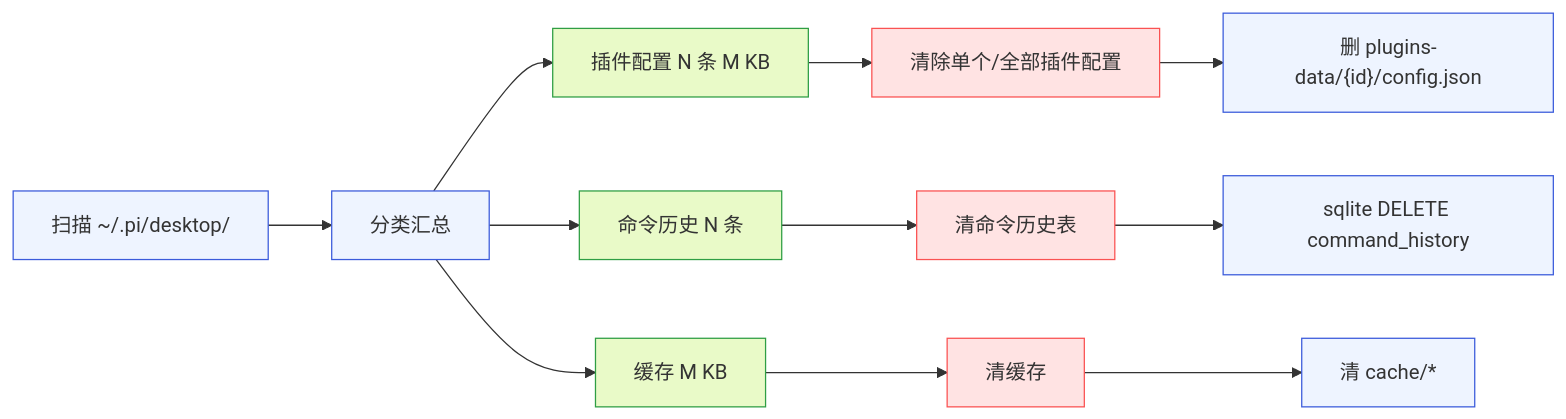
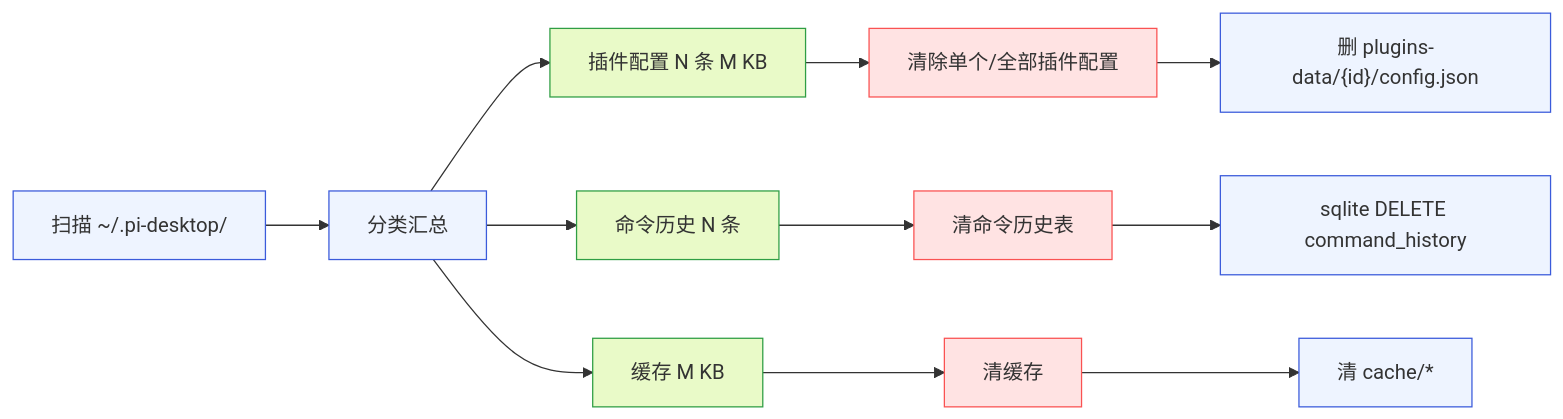
Before and after one commit to GOODDAYDAY/my-harness-desktop: the tenth of 14 diagrams in docs/plugins/07-plugin-management-ui.md, drawn with Mermaid. The commit also changed other lines of this file and 21 other files, not shown here.

````diff
--- a/docs/plugins/07-plugin-management-ui.md
+++ b/docs/plugins/07-plugin-management-ui.md
@@ -624,19 +624,19 @@
 ```mermaid
 flowchart LR
-    SCAN["扫描 ~/.pi/desktop/"] --> CAT["分类汇总"]
+    SCAN["扫描 ~/.pi-desktop/"] --> CAT["分类汇总"]
     CAT --> C1["插件配置 N 条 M KB"]
     CAT --> C2["命令历史 N 条"]
     CAT --> C3["缓存 M KB"]
     C1 --> CLR1["清除单个/全部插件配置"]
     C2 --> CLR2["清命令历史表"]
     C3 --> CLR3["清缓存"]
     CLR1 --> FS1["删 plugins-data/{id}/config.json"]
     CLR2 --> FS2["sqlite DELETE command_history"]
     CLR3 --> FS3["清 cache/*"]
     classDef act fill:#eef4ff,stroke:#3b5bdb;
     classDef res fill:#e9fac8,stroke:#2f9e44;
     classDef warn fill:#ffe3e3,stroke:#fa5252;
     class SCAN,CAT,FS1,FS2,FS3 act;
     class C1,C2,C3 res;
     class CLR1,CLR2,CLR3 warn;
 ```
````
